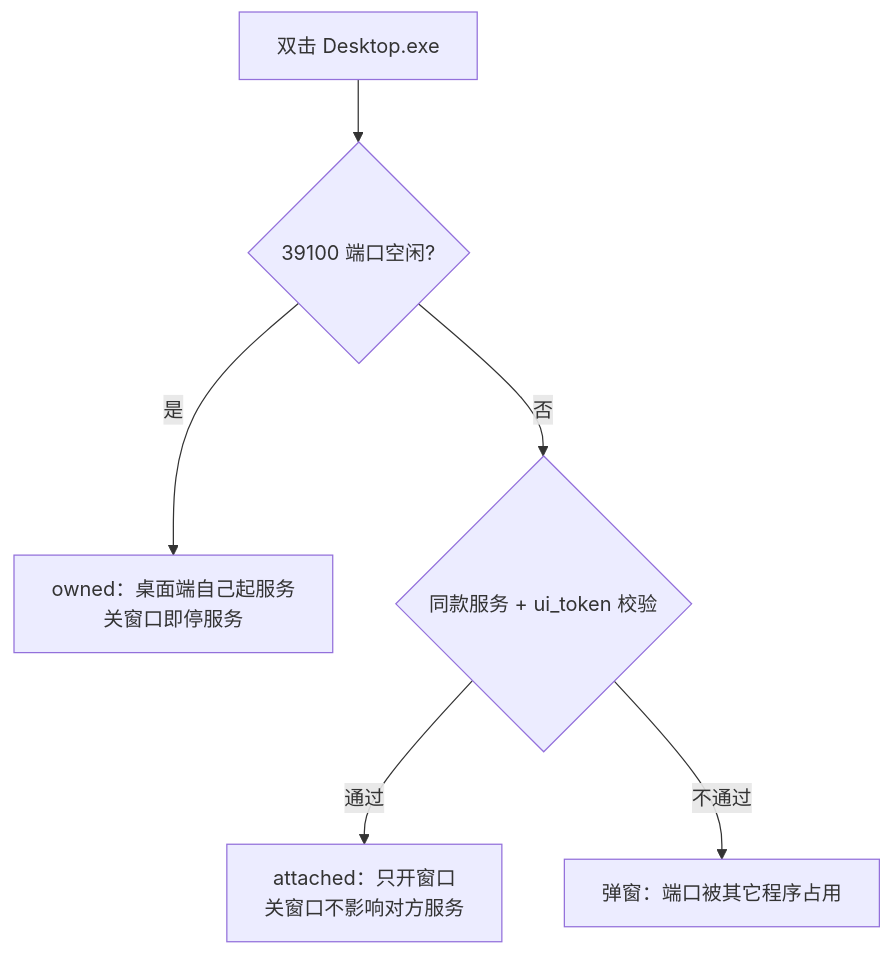
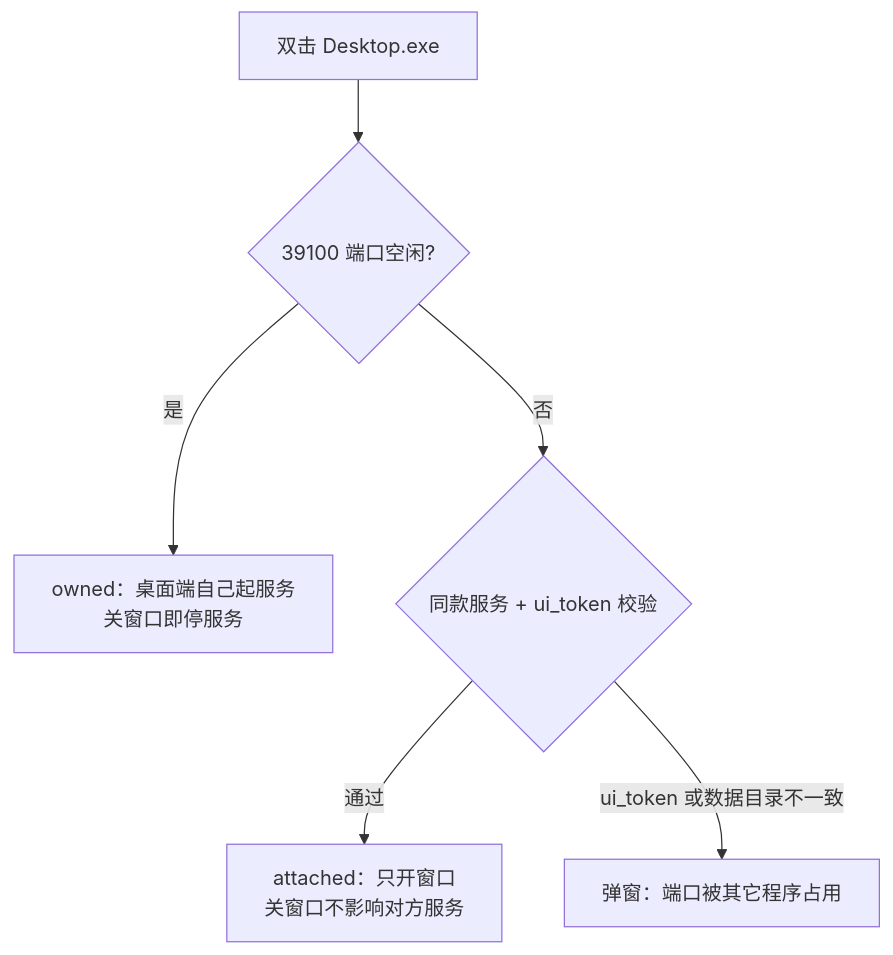
The first of 2 diagrams in README.md (Zhenbin24/Api-MCP), drawn with Mermaid before and after one commit. The commit also changed other lines of this file and 59 other files, not shown here.

````diff
--- a/README.md
+++ b/README.md
@@ -184,8 +318,8 @@
 ```mermaid
 flowchart TD
   Desktop[双击 Desktop.exe] --> Listen{39100 端口空闲?}
   Listen -->|是| Owned["owned：桌面端自己起服务<br/>关窗口即停服务"]
   Listen -->|否| Probe{"同款服务 + ui_token 校验"}
   Probe -->|通过| Attached["attached：只开窗口<br/>关窗口不影响对方服务"]
-  Probe -->|不通过| Conflict["弹窗：端口被其它程序占用"]
+  Probe -->|"ui_token 或数据目录不一致"| Conflict["弹窗：端口被其它程序占用"]
 ```
````
